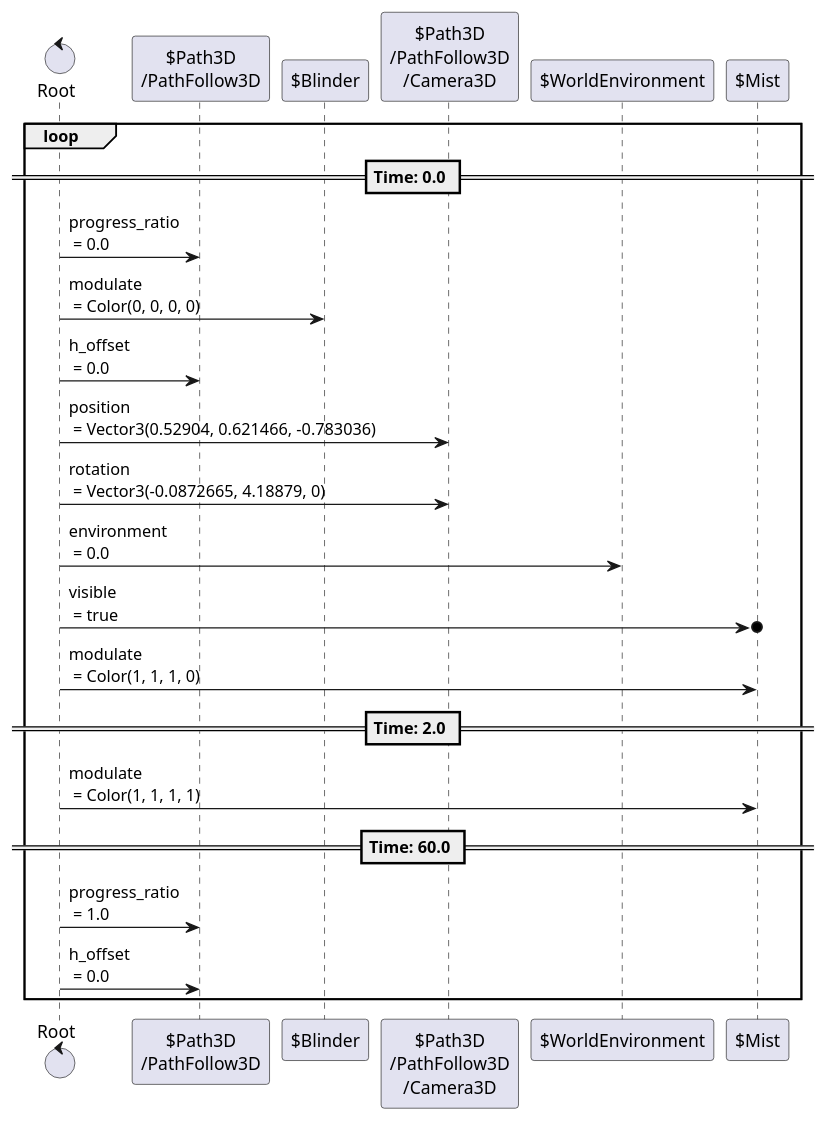
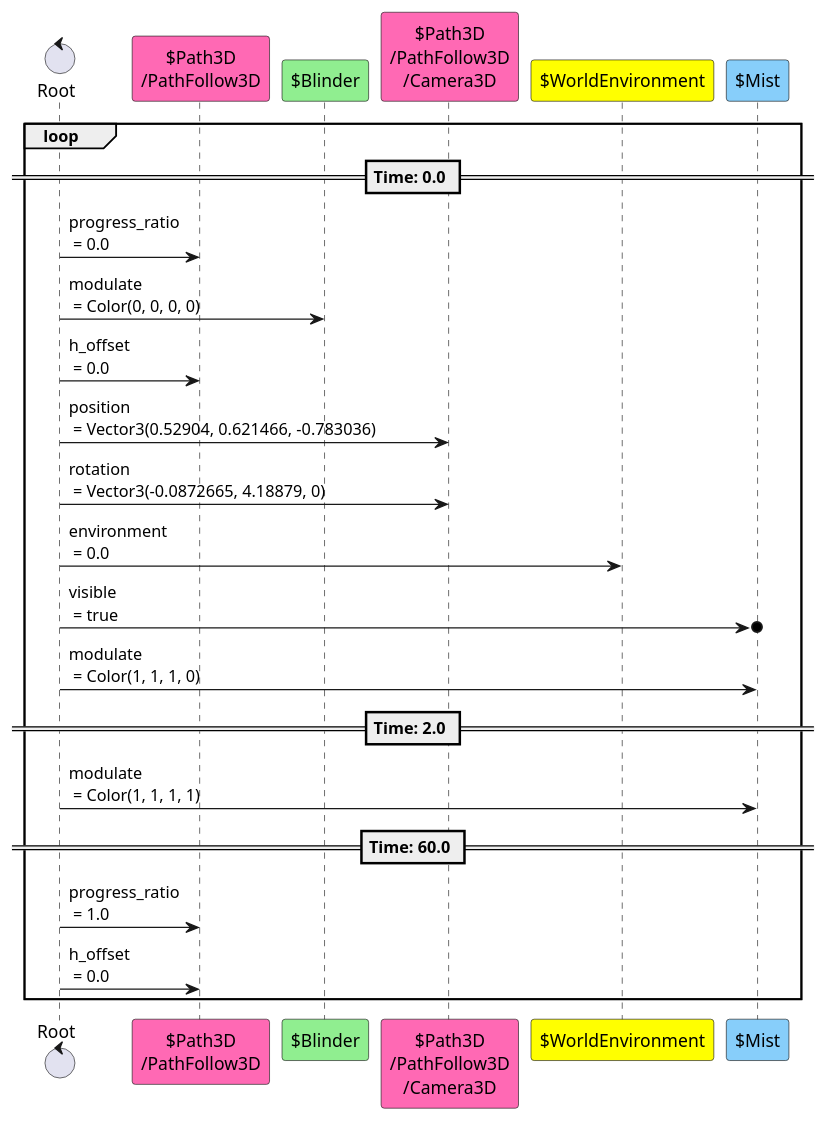
The fourth of 23 diagrams in content/scenes/src/world/world.tscn.adoc (tkmfujise/Platformer-Game-Learning), drawn with PlantUML before and after one commit. The commit also changed other lines of this file and 67 other files, not shown here.

```diff
--- a/content/scenes/src/world/world.tscn.adoc
+++ b/content/scenes/src/world/world.tscn.adoc
@@ -179,28 +179,28 @@
 [plantuml]
 ....
 control "Root" as R
-participant "$Path3D\n/PathFollow3D" as T0
-participant "$Blinder" as T1
-participant "$Path3D\n/PathFollow3D\n/Camera3D" as T3
-participant "$WorldEnvironment" as T5
-participant "$Mist" as T6
+participant "$Path3D\n/PathFollow3D" as T0 #FF69B4
+participant "$Blinder" as T1 #90EE90
+participant "$Path3D\n/PathFollow3D\n/Camera3D" as T3 #FF69B4
+participant "$WorldEnvironment" as T5 #FFFF00
+participant "$Mist" as T6 #87CEFA
 
 
 loop
 == Time: 0.0 ==
 R  ->  T0 : progress_ratio\n = 0.0
 R  ->  T1 : modulate\n = Color(0, 0, 0, 0)
 R  ->  T0 : h_offset\n = 0.0
 R  ->  T3 : position\n = Vector3(0.52904, 0.621466, -0.783036)
 R  ->  T3 : rotation\n = Vector3(-0.0872665, 4.18879, 0)
 R  ->  T5 : environment\n = 0.0
 R  ->o  T6 : visible\n = true
 R  ->  T6 : modulate\n = Color(1, 1, 1, 0)
 == Time: 2.0 ==
 R  ->  T6 : modulate\n = Color(1, 1, 1, 1)
 == Time: 60.0 ==
 R  ->  T0 : progress_ratio\n = 1.0
 R  ->  T0 : h_offset\n = 0.0
 
 end
 ....
```
